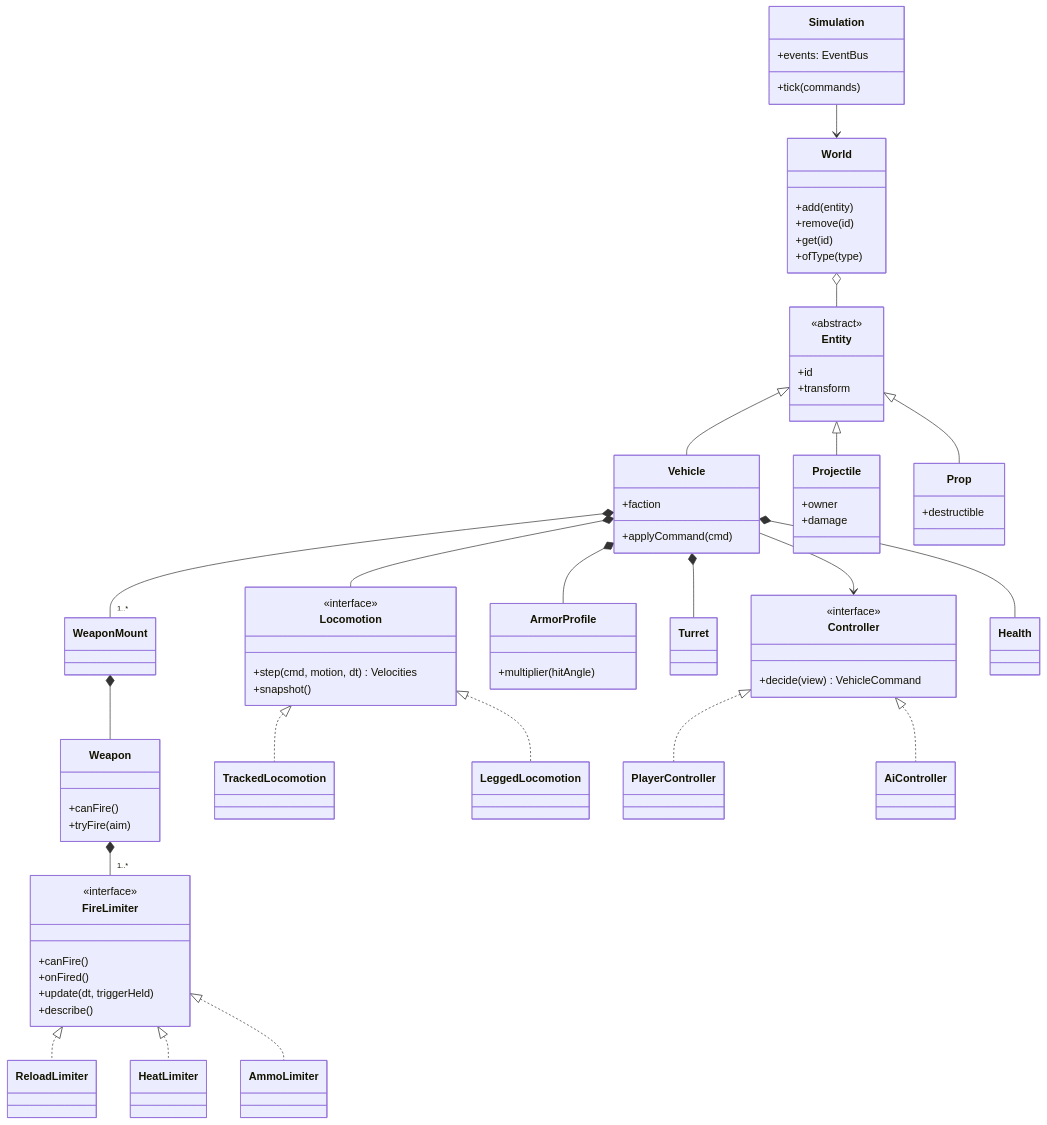
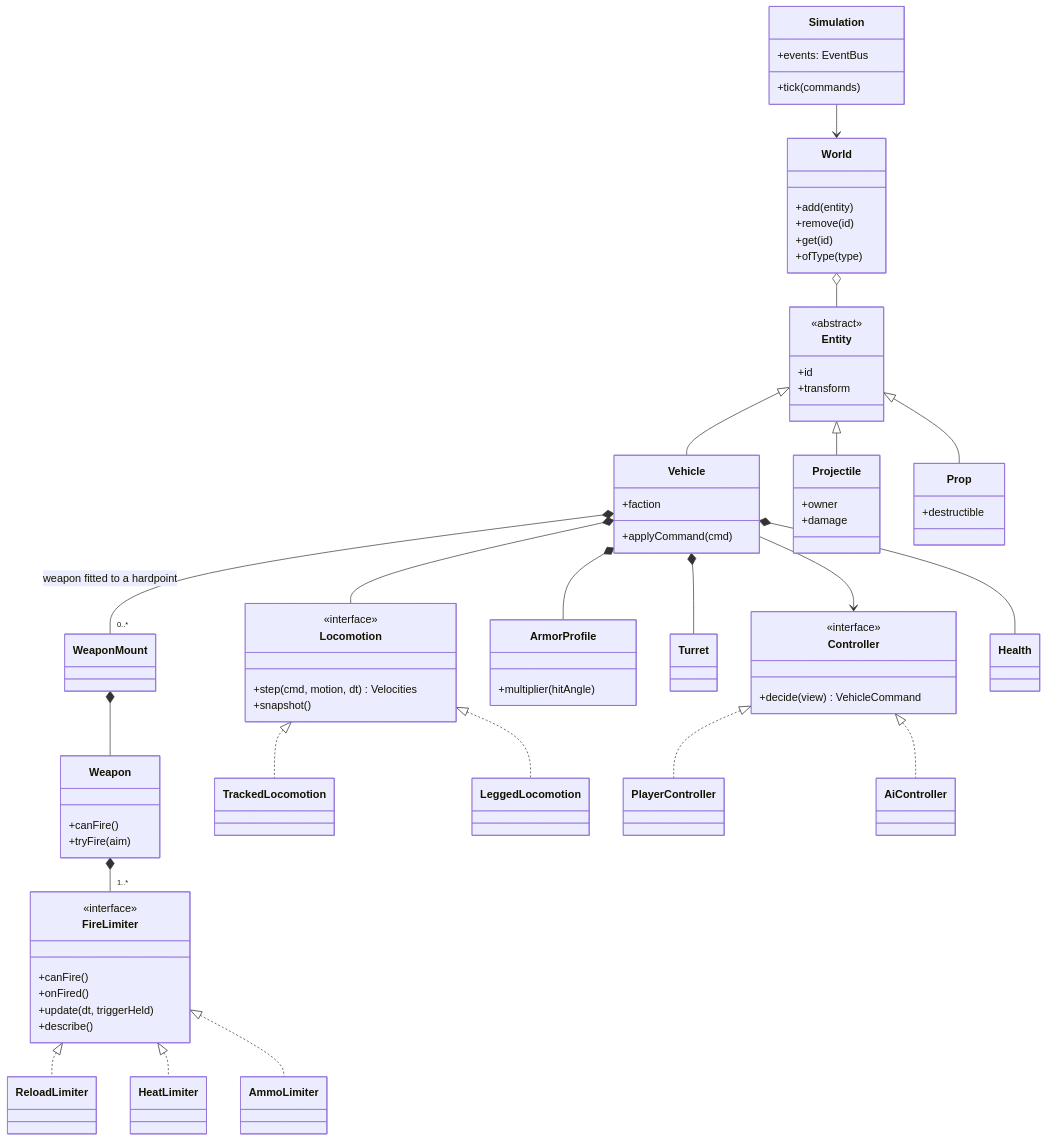
One commit to boneill406/hardpoint changed the second of 2 diagrams in docs/architecture.md. Above: the diagram before and after it, drawn with Mermaid. The commit also changed other lines of this file and 3 other files, not shown here.

Commit message:
M3-8a: architecture content-as-data, plan status, trade-off T-91, dev log

````diff
--- a/docs/architecture.md
+++ b/docs/architecture.md
@@ -50,72 +50,72 @@
 ```mermaid
 classDiagram
   class Simulation {
     +tick(commands)
     +events: EventBus
   }
   class World {
     +add(entity)
     +remove(id)
     +get(id)
     +ofType(type)
   }
   class Entity {
     <<abstract>>
     +id
     +transform
   }
   class Vehicle {
     +faction
     +applyCommand(cmd)
   }
   class Projectile {
     +owner
     +damage
   }
   class Prop {
     +destructible
   }
   class Locomotion {
     <<interface>>
     +step(cmd, motion, dt) Velocities
     +snapshot()
   }
   class Controller {
     <<interface>>
     +decide(view) VehicleCommand
   }
   class Weapon {
     +canFire()
     +tryFire(aim)
   }
   class FireLimiter {
     <<interface>>
     +canFire()
     +onFired()
     +update(dt, triggerHeld)
     +describe()
   }
   class ArmorProfile {
     +multiplier(hitAngle)
   }
   Simulation --> World
   World o-- Entity
   Entity <|-- Vehicle
   Entity <|-- Projectile
   Entity <|-- Prop
   Vehicle *-- Locomotion
   Vehicle *-- Turret
-  Vehicle *-- "1..*" WeaponMount
+  Vehicle *-- "0..*" WeaponMount : weapon fitted to a hardpoint
   Vehicle *-- ArmorProfile
   Vehicle *-- Health
   Vehicle --> Controller
   WeaponMount *-- Weapon
   Weapon *-- "1..*" FireLimiter
   Locomotion <|.. TrackedLocomotion
   Locomotion <|.. LeggedLocomotion
   Controller <|.. PlayerController
   Controller <|.. AiController
   FireLimiter <|.. ReloadLimiter
   FireLimiter <|.. HeatLimiter
   FireLimiter <|.. AmmoLimiter
 ```
````
